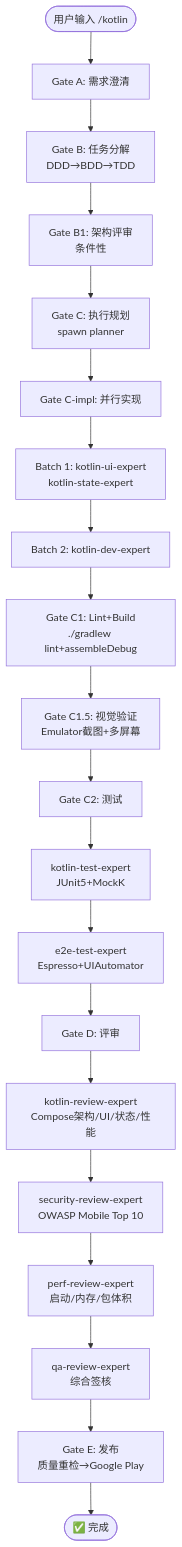
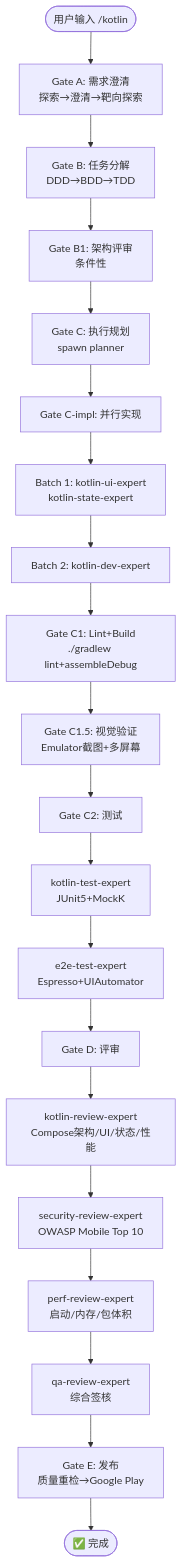
The diagram in docs/flows/kotlin.md (Wjl1224734792/Jarvis-Agent-Factory), drawn with Mermaid before and after one commit. The commit also changed 39 other files, not shown here.

````diff
--- a/docs/flows/kotlin.md
+++ b/docs/flows/kotlin.md
@@ -38,22 +38,22 @@
 ```mermaid
 flowchart TD
-    START([用户输入 /kotlin]) --> A[Gate A: 需求澄清]
+    START([用户输入 /kotlin]) --> A[Gate A: 需求澄清<br/>探索→澄清→靶向探索]
     A --> B[Gate B: 任务分解<br/>DDD→BDD→TDD]
     B --> B1[Gate B1: 架构评审<br/>条件性]
     B1 --> C[Gate C: 执行规划<br/>spawn planner]
     C --> CI[Gate C-impl: 并行实现]
     CI --> CI1[Batch 1: kotlin-ui-expert<br/>kotlin-state-expert]
     CI1 --> CI2[Batch 2: kotlin-dev-expert]
     CI2 --> C1[Gate C1: Lint+Build<br/>./gradlew lint+assembleDebug]
     C1 --> C15[Gate C1.5: 视觉验证<br/>Emulator截图+多屏幕]
     C15 --> C2[Gate C2: 测试]
     C2 --> C2A[kotlin-test-expert<br/>JUnit5+MockK]
     C2A --> C2B[e2e-test-expert<br/>Espresso+UIAutomator]
     C2B --> D[Gate D: 评审]
     D --> D1[kotlin-review-expert<br/>Compose架构/UI/状态/性能]
     D1 --> D2[security-review-expert<br/>OWASP Mobile Top 10]
     D2 --> D3[perf-review-expert<br/>启动/内存/包体积]
     D3 --> D4[qa-review-expert<br/>综合签核]
     D4 --> E[Gate E: 发布<br/>质量重检→Google Play]
     E --> DONE([✅ 完成])
 ```
````
